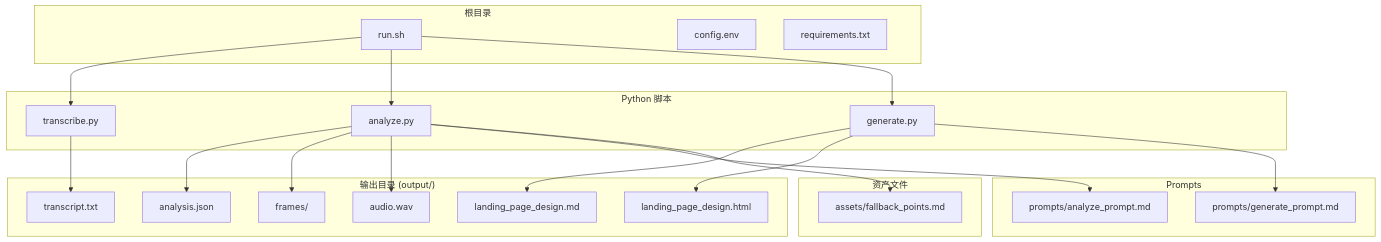
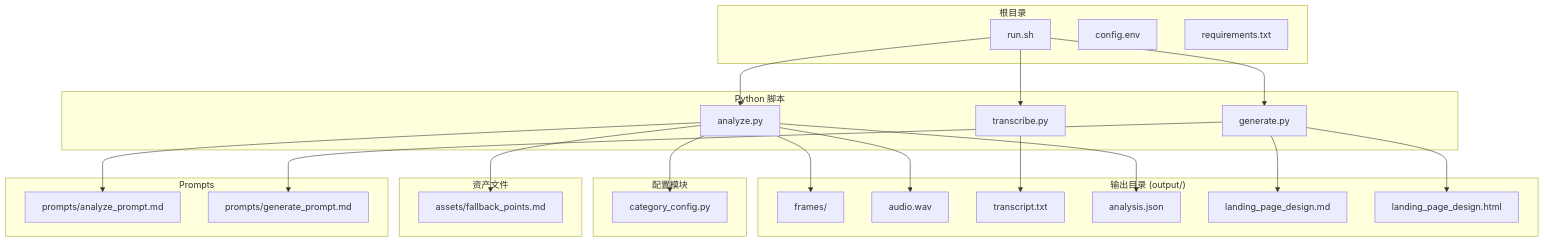
One commit to WongMingJiu/landingpage-test-hero-page changed the first of 8 diagrams in .qoder/repowiki/zh/content/核心模块详解/多模态分析模块.md. Above: the diagram before and after it, drawn with Mermaid. The commit also changed other lines of this file and 6 other files, not shown here.

````diff
--- a/.qoder/repowiki/zh/content/核心模块详解/多模态分析模块.md
+++ b/.qoder/repowiki/zh/content/核心模块详解/多模态分析模块.md
@@ -45,40 +47,44 @@
 ```mermaid
 graph TB
 subgraph "根目录"
 RUN[run.sh]
 CONFIG[config.env]
 REQ[requirements.txt]
 end
 subgraph "Python 脚本"
 TRANS[transcribe.py]
 ANALYZE[analyze.py]
 GENERATE[generate.py]
+end
+subgraph "配置模块"
+CATEGORY[category_config.py]
 end
 subgraph "Prompts"
 APROMPT[prompts/analyze_prompt.md]
 GPROMPT[prompts/generate_prompt.md]
 end
 subgraph "资产文件"
 FBP[assets/fallback_points.md]
 end
 subgraph "输出目录 (output/)"
 FRAMES[frames/]
 AUDIO[audio.wav]
 TRANSCRIPT[transcript.txt]
 ANALYSIS[analysis.json]
 DESIGN[landing_page_design.md]
 HTML[landing_page_design.html]
 end
 RUN --> TRANS
 RUN --> ANALYZE
 RUN --> GENERATE
 TRANS --> TRANSCRIPT
 ANALYZE --> ANALYSIS
 GENERATE --> DESIGN
 GENERATE --> HTML
 ANALYZE --> FRAMES
 ANALYZE --> AUDIO
 ANALYZE --> APROMPT
+ANALYZE --> CATEGORY
 ANALYZE --> FBP
 GENERATE --> GPROMPT
 ```
````
